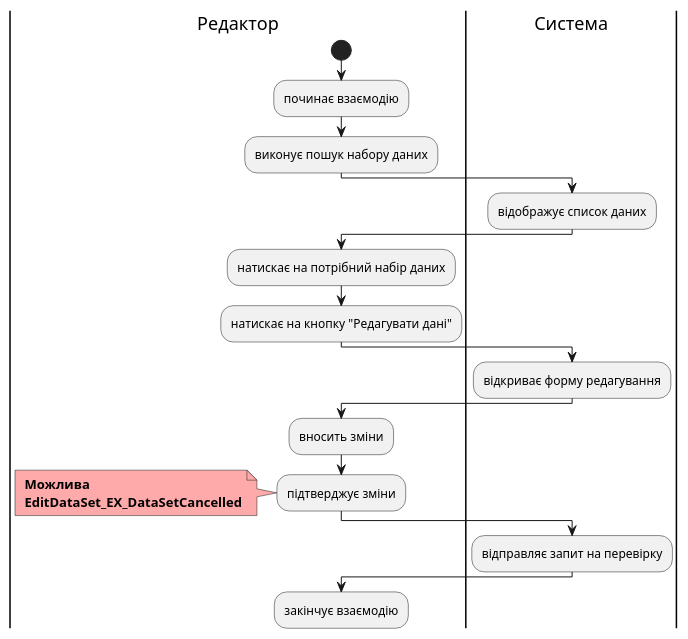
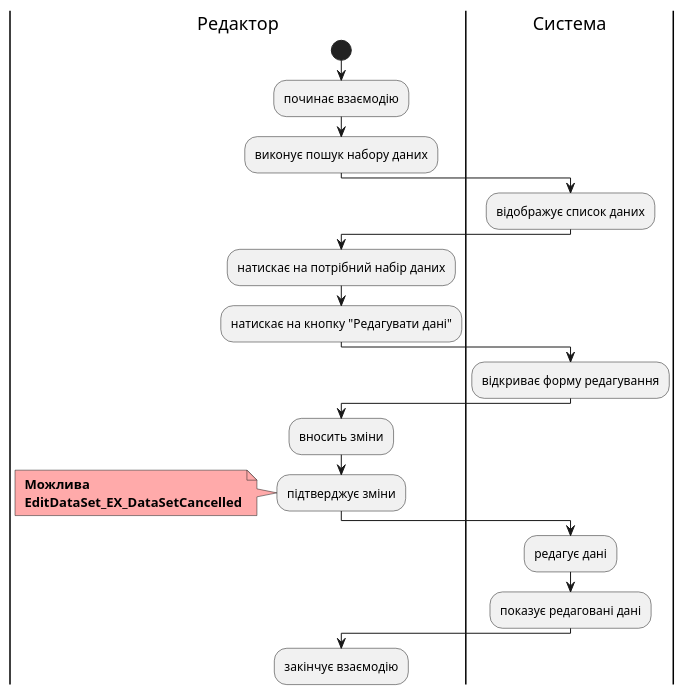
Before and after one commit to boldak/edu-db-cw: diagram 15 of 15 in docs/use cases/README.md, drawn with PlantUML. The commit also changed other lines of this file, not shown here.

```diff
--- a/docs/use cases/README.md
+++ b/docs/use cases/README.md
@@ -1174,45 +899,47 @@
 @startuml
 
 |Редактор|
 
     start
     
     :починає взаємодію;
 
     :виконує пошук набору даних;
 
 |Система|
 
     :відображує список даних;
 
 |Редактор|
 
     :натискає на потрібний набір даних;
 
     :натискає на кнопку "Редагувати дані";
 
 |Система|
 
     :відкриває форму редагування;
 
 |Редактор|
 
     :вносить зміни;
 
     :підтверджує зміни;
 
     note left #ffaaaa
     <b> Можлива
     <b> EditDataSet_EX_DataSetCancelled
     end note
 
 
 |Система|
 
-    :відправляє запит на перевірку;
+    :редагує дані;
+
+    :показує редаговані дані;
 
 |Редактор|
 
     :закінчує взаємодію;
 
 @enduml
```
